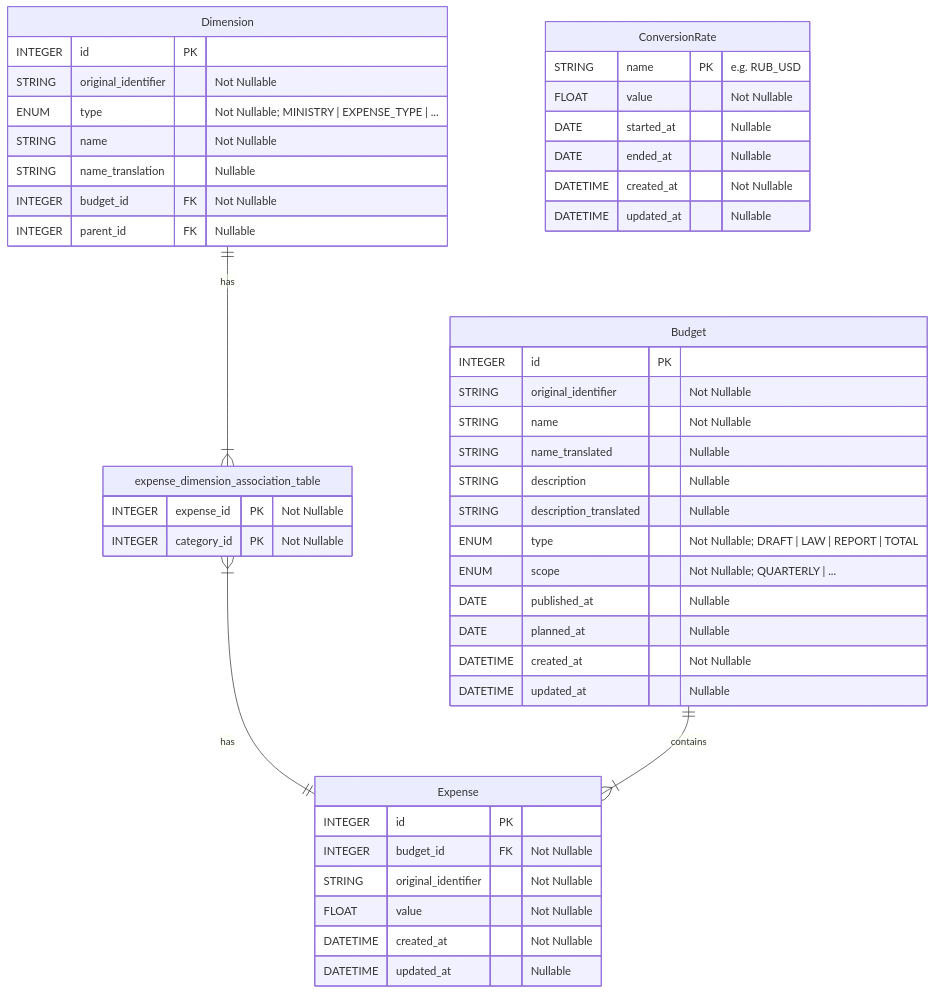
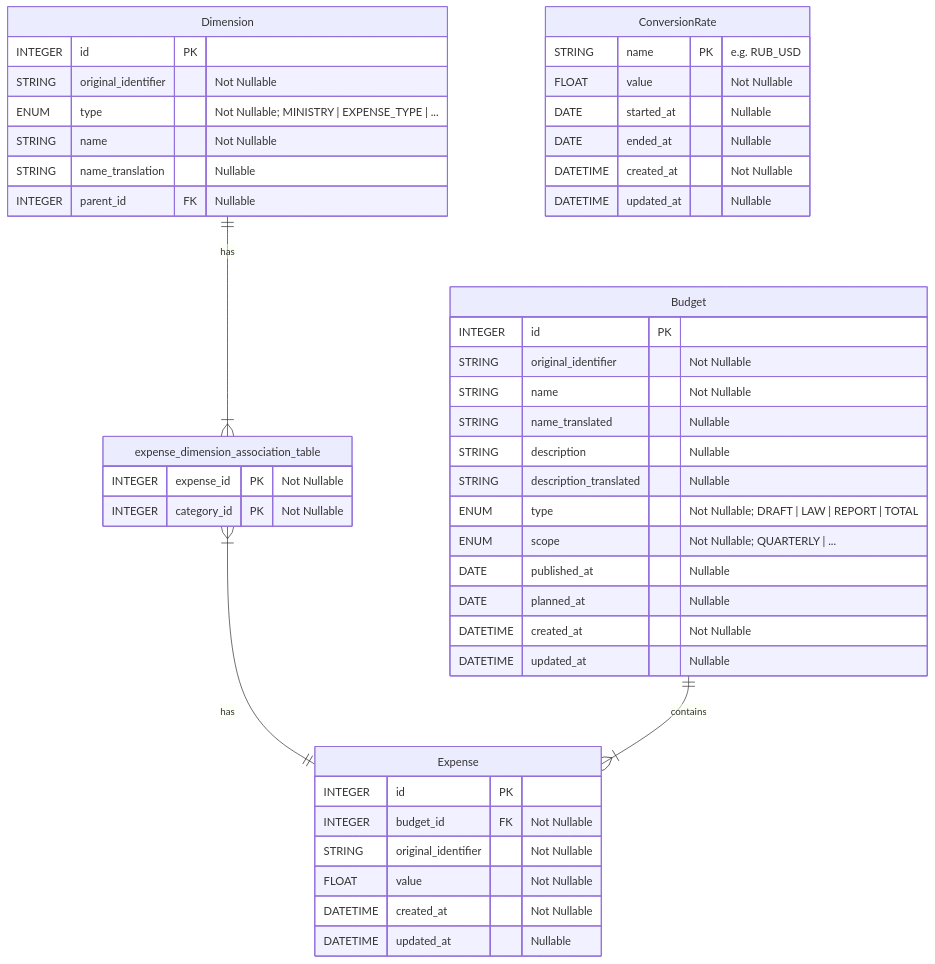
Before and after one commit to swp-berlin/ru_budget_tracker: the diagram in README.md, drawn with Mermaid. The commit also changed other lines of this file and 6 other files, not shown here.

````diff
--- a/README.md
+++ b/README.md
@@ -78,49 +81,48 @@
 ```mermaid
 erDiagram
 	Dimension {
 	  INTEGER id PK
 	  STRING original_identifier "Not Nullable"
 	  ENUM type "Not Nullable; MINISTRY | EXPENSE_TYPE | ..."
 	  STRING name "Not Nullable"
 	  STRING name_translation "Nullable"
-	  INTEGER budget_id FK "Not Nullable"
 	  INTEGER parent_id FK "Nullable"
   }
   Dimension ||--|{ expense_dimension_association_table : has
   expense_dimension_association_table {
 	  INTEGER expense_id PK "Not Nullable"
 	  INTEGER category_id PK "Not Nullable"
 	}
 	expense_dimension_association_table }|--|| Expense : has
-	Budget ||--|{ Expense : contains
+  Expense {
+	  INTEGER id PK
+	  INTEGER budget_id FK "Not Nullable"
+	  STRING original_identifier "Not Nullable"
+	  FLOAT value "Not Nullable"
+	  DATETIME created_at "Not Nullable"
+	  DATETIME updated_at "Nullable"
+  }
+  Budget ||--|{ Expense : contains
 	Budget {
 	  INTEGER id PK
 	  STRING original_identifier "Not Nullable"
 	  STRING name "Not Nullable"
 	  STRING name_translated "Nullable"
 	  STRING description "Nullable"
 	  STRING description_translated "Nullable"
 	  ENUM type "Not Nullable; DRAFT | LAW | REPORT | TOTAL"
 	  ENUM scope "Not Nullable; QUARTERLY | ... "
 	  DATE published_at "Nullable"
 	  DATE planned_at "Nullable"
 	  DATETIME created_at "Not Nullable"
 	  DATETIME updated_at "Nullable"
 	}
-  Expense {
-	  INTEGER id PK
-	  INTEGER budget_id FK "Not Nullable"
-	  STRING original_identifier "Not Nullable"
-	  FLOAT value "Not Nullable"
-	  DATETIME created_at "Not Nullable"
-	  DATETIME updated_at "Nullable"
-  }
   ConversionRate{
 	  STRING name PK "e.g. RUB_USD"
 	  FLOAT value "Not Nullable"
 	  DATE started_at "Nullable"
 	  DATE ended_at "Nullable"
 	  DATETIME created_at "Not Nullable"
 	  DATETIME updated_at "Nullable"
   }
 ```
````
